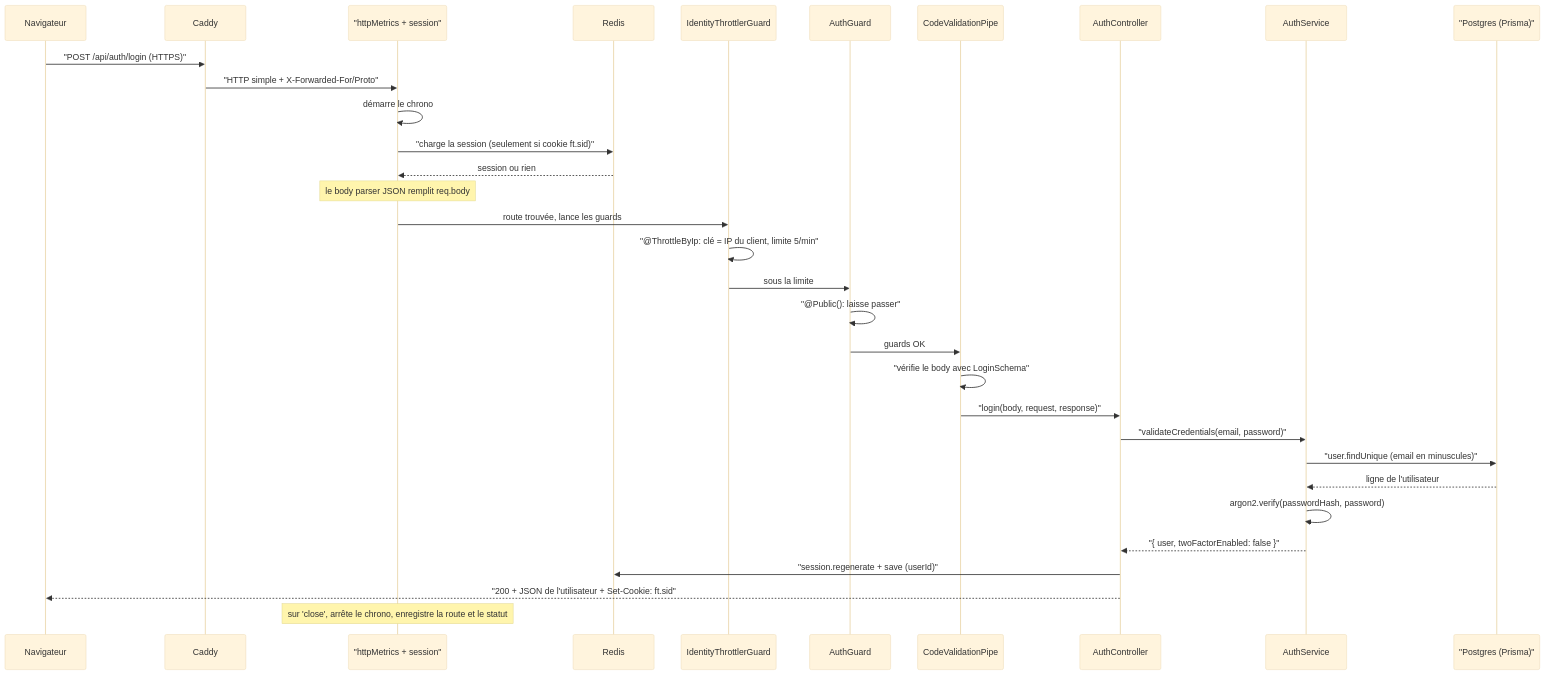
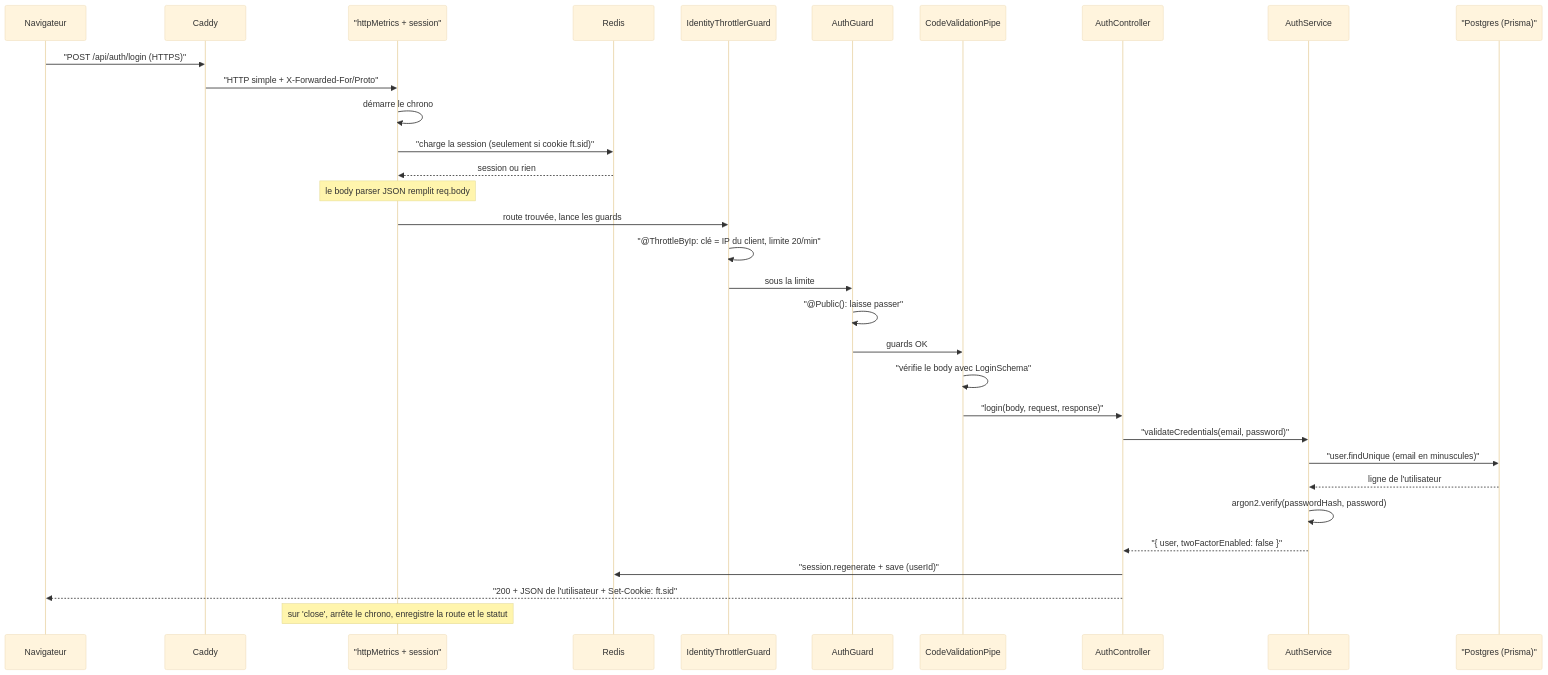
One commit to VictorBro/ft_transcendence changed the sixth of 7 diagrams in docs-fr/api/02-boot-and-request-flow.md. Above: the diagram before and after it, drawn with Mermaid (base theme). The commit also changed other lines of this file and 223 other files, not shown here.

````diff
--- a/docs-fr/api/02-boot-and-request-flow.md
+++ b/docs-fr/api/02-boot-and-request-flow.md
@@ -600,35 +601,35 @@
 ```mermaid
 sequenceDiagram
     participant B as Navigateur
     participant C as Caddy
     participant MW as "httpMetrics + session"
     participant R as Redis
     participant TG as IdentityThrottlerGuard
     participant AG as AuthGuard
     participant P as CodeValidationPipe
     participant CT as AuthController
     participant S as AuthService
     participant DB as "Postgres (Prisma)"
 
     B->>C: "POST /api/auth/login (HTTPS)"
     C->>MW: "HTTP simple + X-Forwarded-For/Proto"
     MW->>MW: démarre le chrono
     MW->>R: "charge la session (seulement si cookie ft.sid)"
     R-->>MW: session ou rien
     Note over MW: le body parser JSON remplit req.body
     MW->>TG: route trouvée, lance les guards
-    TG->>TG: "@ThrottleByIp: clé = IP du client, limite 5/min"
+    TG->>TG: "@ThrottleByIp: clé = IP du client, limite 20/min"
     TG->>AG: sous la limite
     AG->>AG: "@Public(): laisse passer"
     AG->>P: guards OK
     P->>P: "vérifie le body avec LoginSchema"
     P->>CT: "login(body, request, response)"
     CT->>S: "validateCredentials(email, password)"
     S->>DB: "user.findUnique (email en minuscules)"
     DB-->>S: ligne de l'utilisateur
     S->>S: argon2.verify(passwordHash, password)
     S-->>CT: "{ user, twoFactorEnabled: false }"
     CT->>R: "session.regenerate + save (userId)"
     CT-->>B: "200 + JSON de l'utilisateur + Set-Cookie: ft.sid"
     Note over MW: sur 'close', arrête le chrono, enregistre la route et le statut
 ```
````
